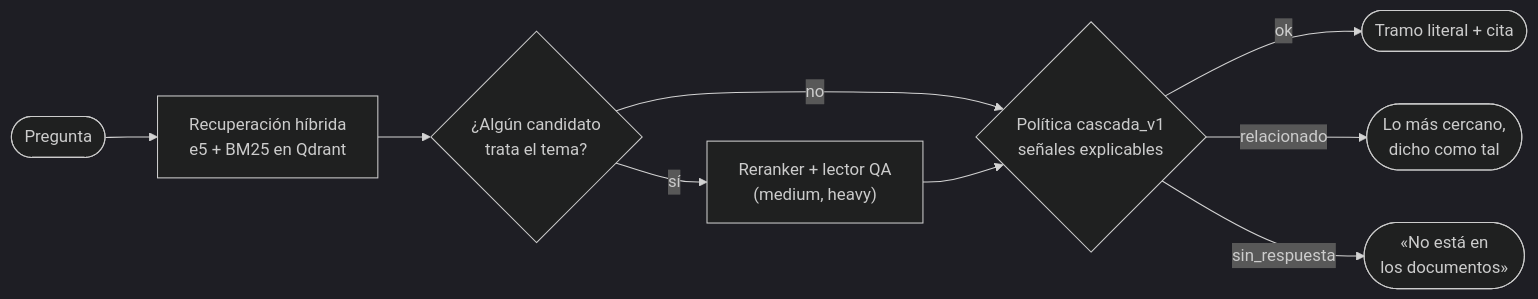
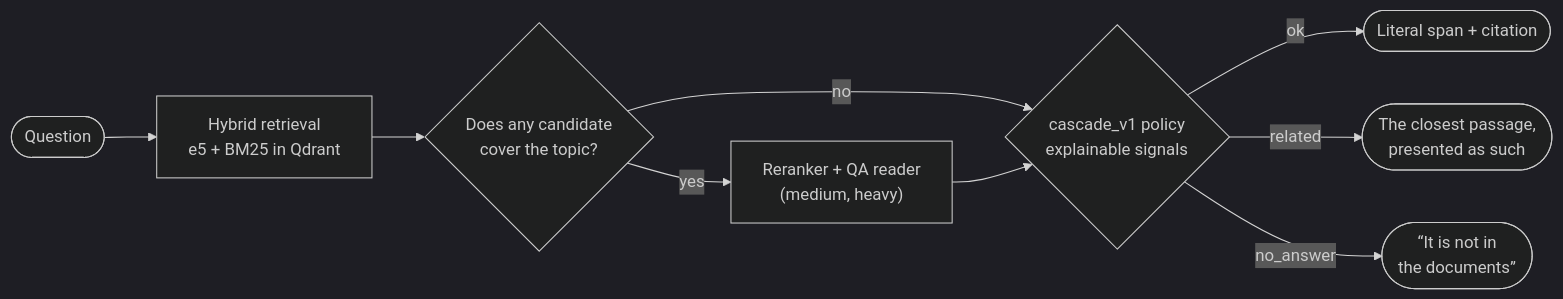
One commit to ClaudioH19/ipsis changed the diagram in README.md. Above: the diagram before and after it, drawn with Mermaid (dark theme). The commit also changed other lines of this file and 114 other files, not shown here.

````diff
--- a/README.md
+++ b/README.md
@@ -88,11 +91,11 @@
 ```mermaid
 flowchart LR
-    P([Pregunta]) --> R["Recuperación híbrida<br/>e5 + BM25 en Qdrant"]
-    R --> F{"¿Algún candidato<br/>trata el tema?"}
-    F -- sí --> L["Reranker + lector QA<br/>(medium, heavy)"]
+    Q([Question]) --> R["Hybrid retrieval<br/>e5 + BM25 in Qdrant"]
+    R --> F{"Does any candidate<br/>cover the topic?"}
+    F -- yes --> L["Reranker + QA reader<br/>(medium, heavy)"]
     F -- no --> D
-    L --> D{"Política cascada_v1<br/>señales explicables"}
-    D -- ok --> OK(["Tramo literal + cita"])
-    D -- relacionado --> REL(["Lo más cercano,<br/>dicho como tal"])
-    D -- sin_respuesta --> NO(["«No está en<br/>los documentos»"])
+    L --> D{"cascade_v1 policy<br/>explainable signals"}
+    D -- ok --> OK(["Literal span + citation"])
+    D -- related --> REL(["The closest passage,<br/>presented as such"])
+    D -- no_answer --> NO(["“It is not in<br/>the documents”"])
 ```
````
